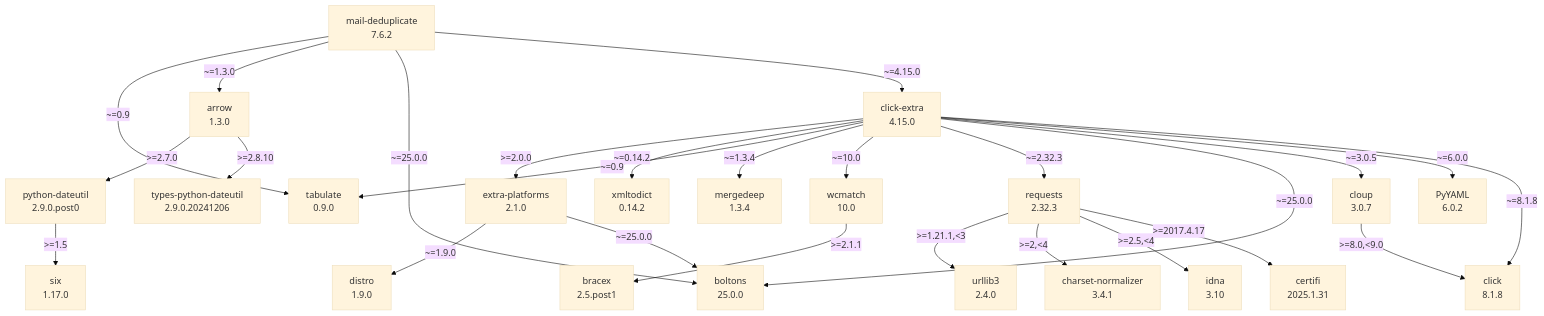
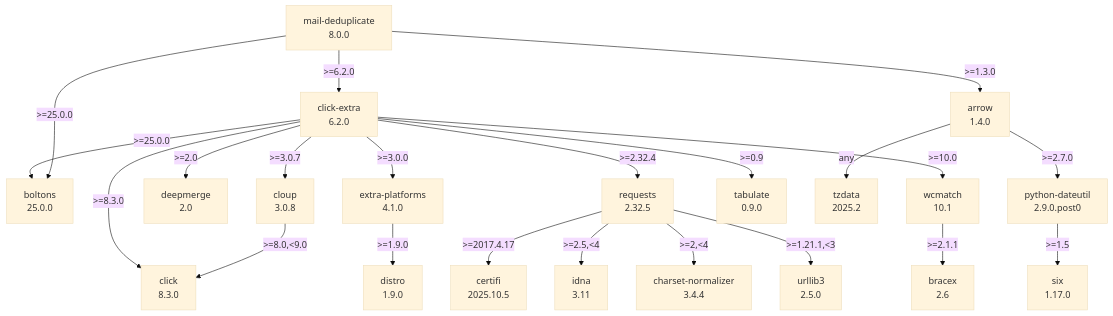
One commit to kdeldycke/mail-deduplicate changed the diagram in docs/assets/dependencies.mmd. Above: the diagram before and after it, drawn with Mermaid (base theme).

Commit message:
[autofix] Regenerate dependency graph

```diff
--- a/docs/assets/dependencies.mmd
+++ b/docs/assets/dependencies.mmd
@@ -1,49 +1,43 @@
 flowchart TD
     classDef missing stroke-dasharray: 5
-    arrow["arrow\n1.3.0"]
+    arrow["arrow\n1.4.0"]
     boltons["boltons\n25.0.0"]
-    bracex["bracex\n2.5.post1"]
-    certifi["certifi\n2025.1.31"]
-    charset-normalizer["charset-normalizer\n3.4.1"]
-    click-extra["click-extra\n4.15.0"]
-    click_0["click\n8.1.8"]
-    cloup["cloup\n3.0.7"]
+    bracex["bracex\n2.6"]
+    certifi["certifi\n2025.10.5"]
+    charset-normalizer["charset-normalizer\n3.4.4"]
+    click-extra["click-extra\n6.2.0"]
+    click_0["click\n8.3.0"]
+    cloup["cloup\n3.0.8"]
+    deepmerge["deepmerge\n2.0"]
     distro["distro\n1.9.0"]
-    extra-platforms["extra-platforms\n2.1.0"]
-    idna["idna\n3.10"]
-    mail-deduplicate["mail-deduplicate\n7.6.2"]
-    mergedeep["mergedeep\n1.3.4"]
+    extra-platforms["extra-platforms\n4.1.0"]
+    idna["idna\n3.11"]
+    mail-deduplicate["mail-deduplicate\n8.0.0"]
     python-dateutil["python-dateutil\n2.9.0.post0"]
-    pyyaml["PyYAML\n6.0.2"]
-    requests["requests\n2.32.3"]
+    requests["requests\n2.32.5"]
     six["six\n1.17.0"]
     tabulate["tabulate\n0.9.0"]
-    types-python-dateutil["types-python-dateutil\n2.9.0.20241206"]
-    urllib3["urllib3\n2.4.0"]
-    wcmatch["wcmatch\n10.0"]
-    xmltodict["xmltodict\n0.14.2"]
+    tzdata["tzdata\n2025.2"]
+    urllib3["urllib3\n2.5.0"]
+    wcmatch["wcmatch\n10.1"]
     arrow -- ">=2.7.0" --> python-dateutil
-    arrow -- ">=2.8.10" --> types-python-dateutil
-    click-extra -- ">=2.0.0" --> extra-platforms
-    click-extra -- "~=0.14.2" --> xmltodict
-    click-extra -- "~=0.9" --> tabulate
-    click-extra -- "~=1.3.4" --> mergedeep
-    click-extra -- "~=10.0" --> wcmatch
-    click-extra -- "~=2.32.3" --> requests
-    click-extra -- "~=25.0.0" --> boltons
-    click-extra -- "~=3.0.5" --> cloup
-    click-extra -- "~=6.0.0" --> pyyaml
-    click-extra -- "~=8.1.8" --> click_0
+    arrow -- "any" --> tzdata
+    click-extra -- ">=0.9" --> tabulate
+    click-extra -- ">=10.0" --> wcmatch
+    click-extra -- ">=2.0" --> deepmerge
+    click-extra -- ">=2.32.4" --> requests
+    click-extra -- ">=25.0.0" --> boltons
+    click-extra -- ">=3.0.0" --> extra-platforms
+    click-extra -- ">=3.0.7" --> cloup
+    click-extra -- ">=8.3.0" --> click_0
     cloup -- ">=8.0,<9.0" --> click_0
-    extra-platforms -- "~=1.9.0" --> distro
-    extra-platforms -- "~=25.0.0" --> boltons
-    mail-deduplicate -- "~=0.9" --> tabulate
-    mail-deduplicate -- "~=1.3.0" --> arrow
-    mail-deduplicate -- "~=25.0.0" --> boltons
-    mail-deduplicate -- "~=4.15.0" --> click-extra
+    extra-platforms -- ">=1.9.0" --> distro
+    mail-deduplicate -- ">=1.3.0" --> arrow
+    mail-deduplicate -- ">=25.0.0" --> boltons
+    mail-deduplicate -- ">=6.2.0" --> click-extra
     python-dateutil -- ">=1.5" --> six
     requests -- ">=1.21.1,<3" --> urllib3
     requests -- ">=2,<4" --> charset-normalizer
     requests -- ">=2.5,<4" --> idna
     requests -- ">=2017.4.17" --> certifi
     wcmatch -- ">=2.1.1" --> bracex
```
